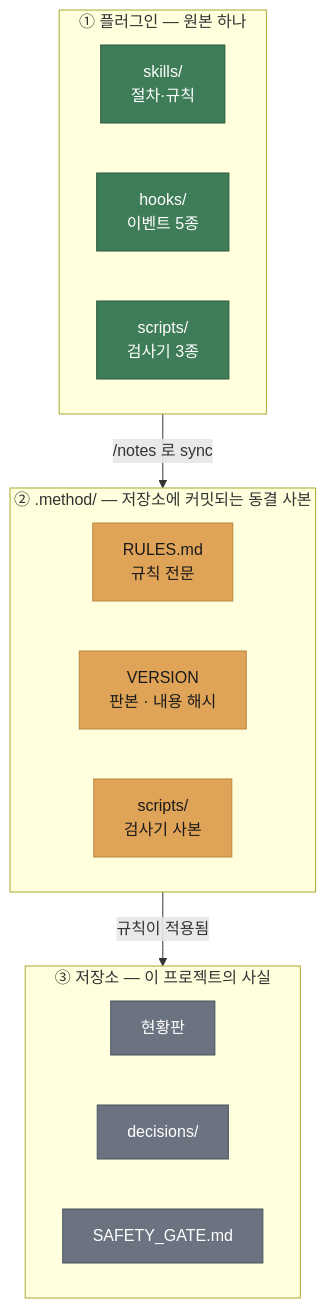
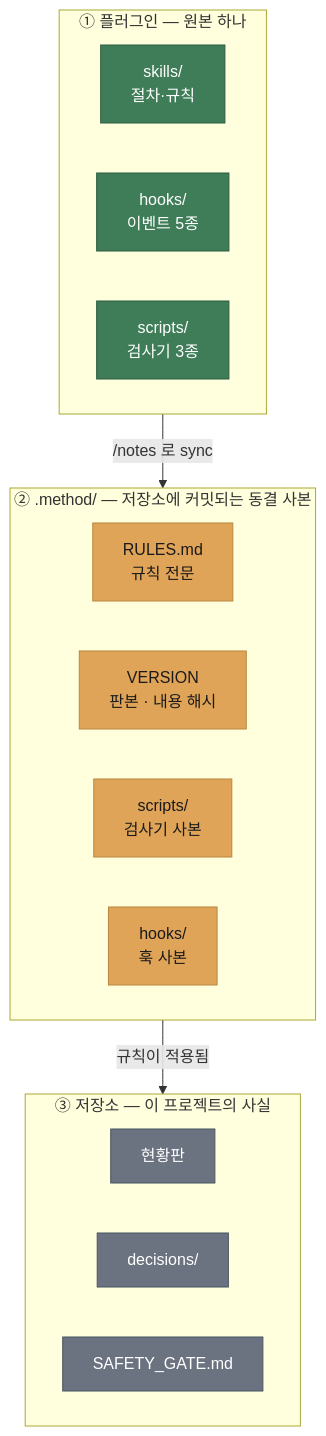
The first of 2 diagrams in README.md (mongdang/elp-notes-method), drawn with Mermaid before and after one commit. The commit also changed other lines of this file and 5 other files, not shown here.

````diff
--- a/README.md
+++ b/README.md
@@ -61,33 +61,34 @@
 ```mermaid
 flowchart TD
     subgraph P["① 플러그인 — 원본 하나"]
         direction LR
         PS["skills/<br/>절차·규칙"]
         PH["hooks/<br/>이벤트 5종"]
         PL["scripts/<br/>검사기 3종"]
     end
 
     subgraph M["② .method/ — 저장소에 커밋되는 동결 사본"]
         direction LR
         MR["RULES.md<br/>규칙 전문"]
         MV["VERSION<br/>판본 · 내용 해시"]
         ML["scripts/<br/>검사기 사본"]
+        MH["hooks/<br/>훅 사본"]
     end
 
     subgraph R["③ 저장소 — 이 프로젝트의 사실"]
         direction LR
         RB["현황판"]
         RD["decisions/"]
         RG["SAFETY_GATE.md"]
     end
 
     P -->|"/notes 로 sync"| M
     M -->|"규칙이 적용됨"| R
 
     classDef plugin fill:#3F7D58,stroke:#2c5a3e,color:#fff
     classDef method fill:#E0A458,stroke:#b8863f,color:#1a1a1a
     classDef repo fill:#6B7280,stroke:#4b5563,color:#fff
     class PS,PH,PL plugin
-    class MR,MV,ML method
+    class MR,MV,ML,MH method
     class RB,RD,RG repo
 ```
````
